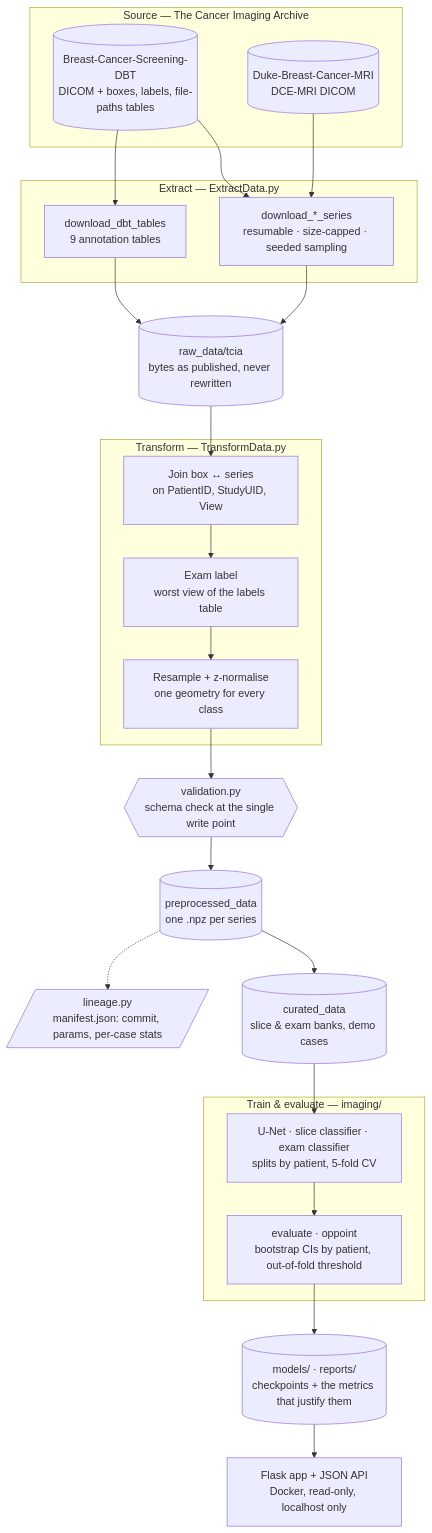
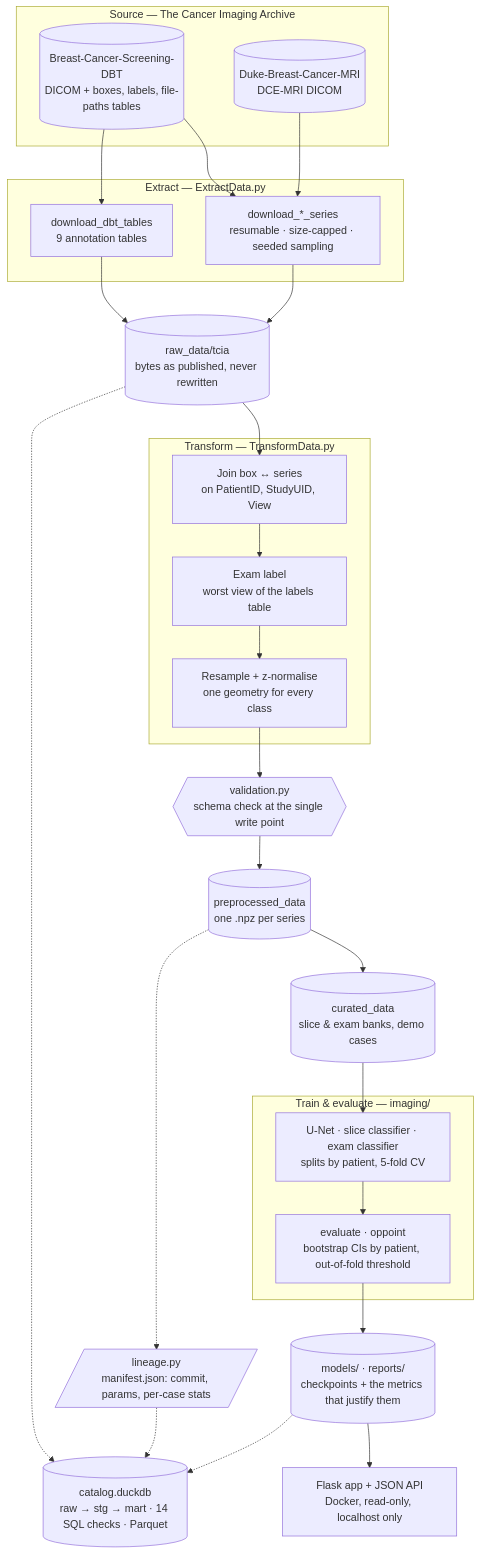
Before and after one commit to Elias-Ouafi/breastcancer: the diagram in README.md, drawn with Mermaid. The commit also changed other lines of this file and 37 other files, not shown here.

````diff
--- a/README.md
+++ b/README.md
@@ -39,44 +40,48 @@
 ```mermaid
 flowchart TB
     subgraph SRC["Source — The Cancer Imaging Archive"]
         DBT[("Breast-Cancer-Screening-DBT<br/>DICOM + boxes, labels, file-paths tables")]
         MRI[("Duke-Breast-Cancer-MRI<br/>DCE-MRI DICOM")]
     end
 
     subgraph EXTRACT["Extract — ExtractData.py"]
         TABLES["download_dbt_tables<br/>9 annotation tables"]
         SERIES["download_*_series<br/>resumable · size-capped · seeded sampling"]
     end
 
     RAW[("raw_data/tcia<br/>bytes as published, never rewritten")]
 
     subgraph TRANSFORM["Transform — TransformData.py"]
         JOIN["Join box ↔ series<br/>on PatientID, StudyUID, View"]
         LABEL["Exam label<br/>worst view of the labels table"]
         GEOM["Resample + z-normalise<br/>one geometry for every class"]
     end
 
     VALID{{"validation.py<br/>schema check at the single write point"}}
     LINEAGE[/"lineage.py<br/>manifest.json: commit, params, per-case stats"/]
     PRE[("preprocessed_data<br/>one .npz per series")]
     CUR[("curated_data<br/>slice & exam banks, demo cases")]
 
     subgraph ML["Train & evaluate — imaging/"]
         TRAIN["U-Net · slice classifier · exam classifier<br/>splits by patient, 5-fold CV"]
         EVAL["evaluate · oppoint<br/>bootstrap CIs by patient, out-of-fold threshold"]
     end
 
     ART[("models/ · reports/<br/>checkpoints + the metrics that justify them")]
     APP["Flask app + JSON API<br/>Docker, read-only, localhost only"]
+    CAT[("catalog.duckdb<br/>raw → stg → mart · 14 SQL checks · Parquet")]
 
     DBT --> TABLES
     DBT --> SERIES
     MRI --> SERIES
     TABLES --> RAW
     SERIES --> RAW
     RAW --> JOIN --> LABEL --> GEOM
     GEOM --> VALID --> PRE
     PRE -.-> LINEAGE
     PRE --> CUR --> TRAIN --> EVAL --> ART
     ART --> APP
+    RAW -.-> CAT
+    LINEAGE -.-> CAT
+    ART -.-> CAT
 ```
````
